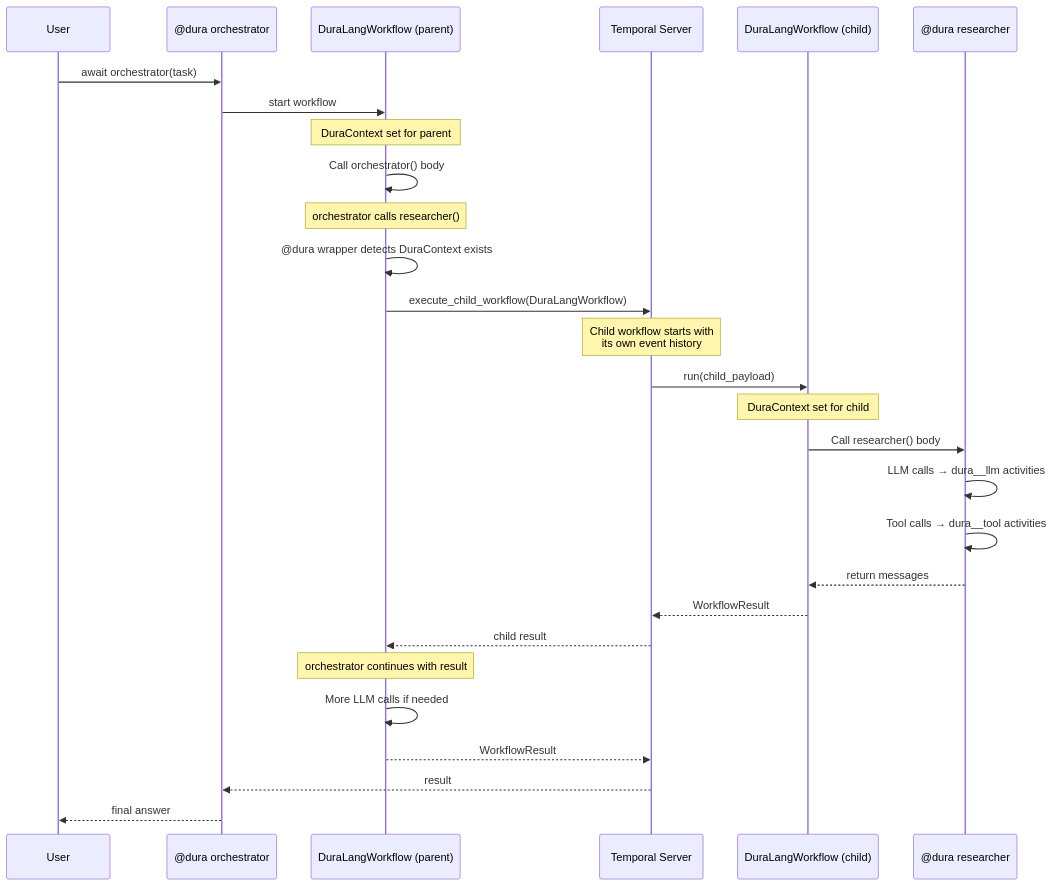
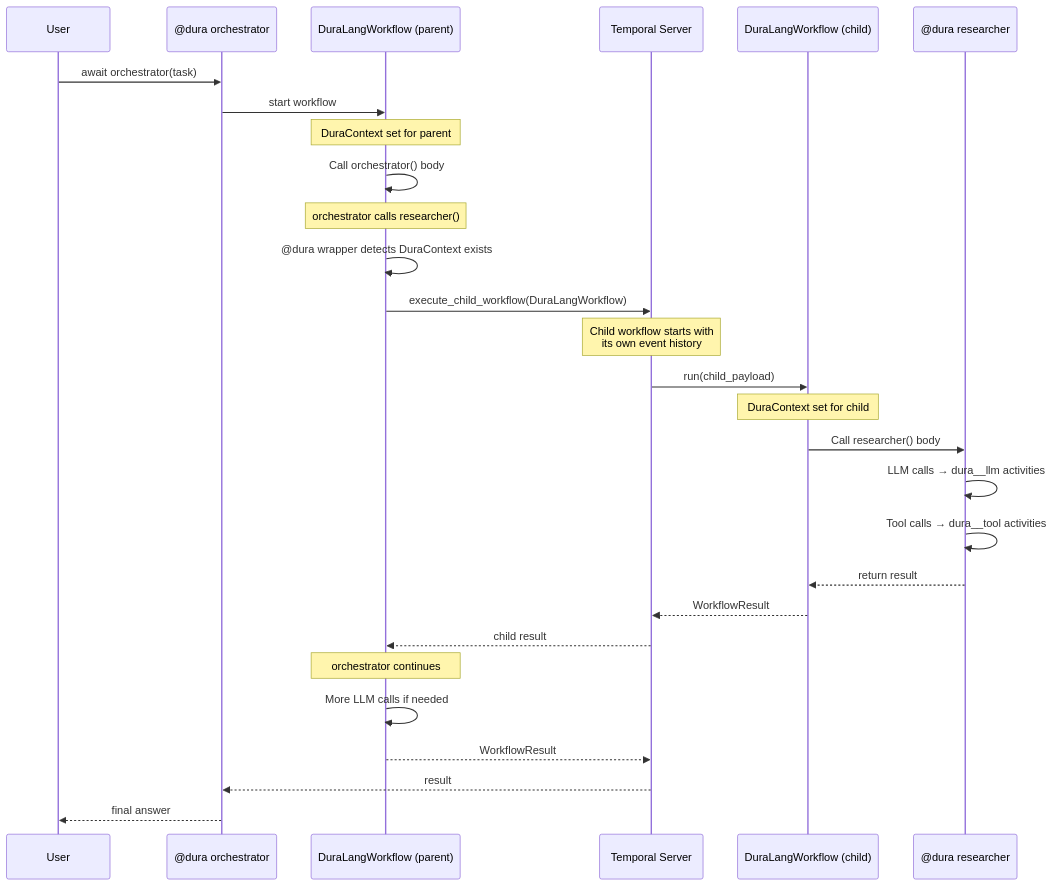
The fourth of 8 diagrams in docs/architecture.md (deepansh-saxena/DuraLang), drawn with Mermaid before and after one commit. The commit also changed other lines of this file and 14 other files, not shown here.

````diff
--- a/docs/architecture.md
+++ b/docs/architecture.md
@@ -169,41 +177,41 @@
 ```mermaid
 sequenceDiagram
     participant User as User
     participant Parent as @dura orchestrator
     participant PWF as DuraLangWorkflow (parent)
     participant T as Temporal Server
     participant CWF as DuraLangWorkflow (child)
     participant Child as @dura researcher
 
     User->>Parent: await orchestrator(task)
     Parent->>PWF: start workflow
 
     Note over PWF: DuraContext set for parent
 
     PWF->>PWF: Call orchestrator() body
 
     Note over PWF: orchestrator calls researcher()
 
     PWF->>PWF: @dura wrapper detects DuraContext exists
     PWF->>T: execute_child_workflow(DuraLangWorkflow)
 
     Note over T: Child workflow starts with<br/>its own event history
 
     T->>CWF: run(child_payload)
 
     Note over CWF: DuraContext set for child
 
     CWF->>Child: Call researcher() body
     Child->>Child: LLM calls → dura__llm activities
     Child->>Child: Tool calls → dura__tool activities
-    Child-->>CWF: return messages
+    Child-->>CWF: return result
     CWF-->>T: WorkflowResult
     T-->>PWF: child result
 
-    Note over PWF: orchestrator continues with result
+    Note over PWF: orchestrator continues
 
     PWF->>PWF: More LLM calls if needed
     PWF-->>T: WorkflowResult
     T-->>Parent: result
     Parent-->>User: final answer
 ```
````
